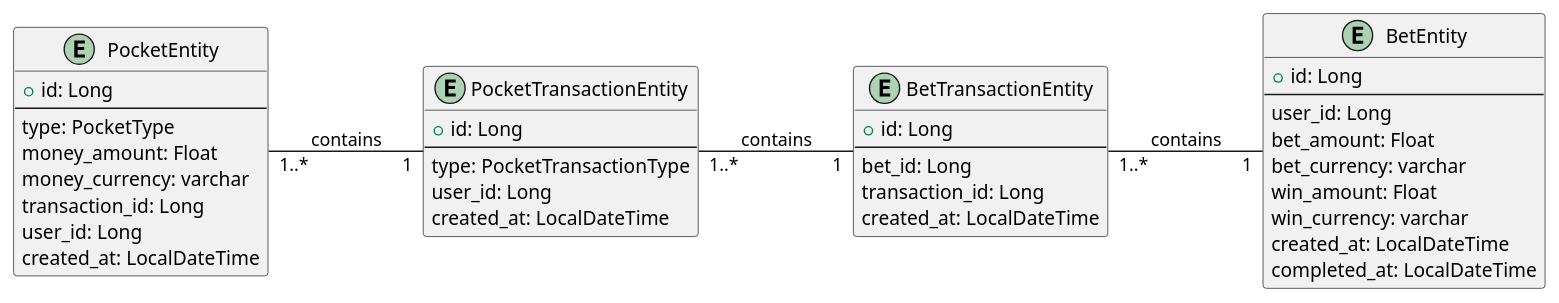
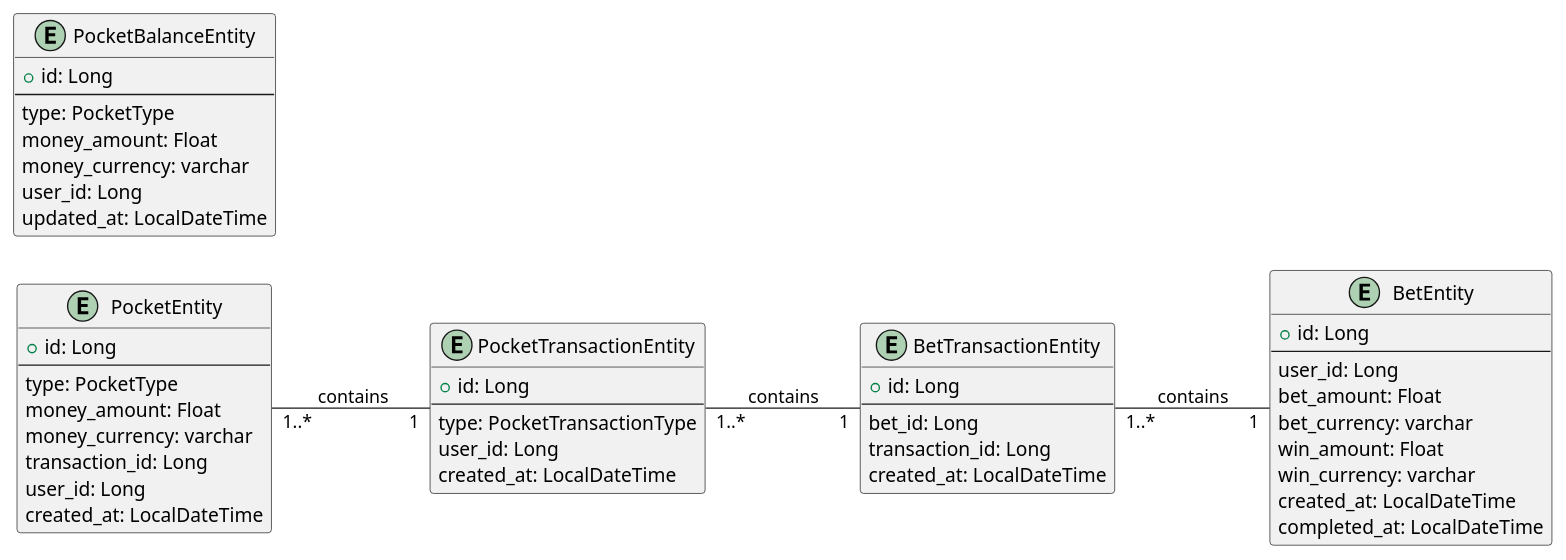
Before and after one commit to SukachVitally/test_game_pocket: the diagram in docs/DatabaseDiagram.puml, drawn with PlantUML. The commit also changed 1 other file, not shown here.

Commit message:
Improve database schema

```diff
--- a/docs/DatabaseDiagram.puml
+++ b/docs/DatabaseDiagram.puml
@@ -1,46 +1,56 @@
 @startuml
 left to right direction
 entity "BetEntity" as bet_entity {
   + id: Long
   ---
   user_id: Long
   bet_amount: Float
   bet_currency: varchar
   win_amount: Float
   win_currency: varchar
   created_at: LocalDateTime
   completed_at: LocalDateTime
 }
 
 entity "BetTransactionEntity" as bet_transaction_entity {
   + id: Long
   ---
   bet_id: Long
   transaction_id: Long
   created_at: LocalDateTime
 }
 
 
 entity "PocketTransactionEntity" as pocket_transaction_entity {
   + id: Long
   ---
   type: PocketTransactionType
   user_id: Long
   created_at: LocalDateTime
 }
 
 entity "PocketEntity" as pocket_entity {
   + id: Long
   ---
   type: PocketType
   money_amount: Float
   money_currency: varchar
   transaction_id: Long
   user_id: Long
   created_at: LocalDateTime
 }
 
+entity "PocketBalanceEntity" as pocket_balance_entity {
+  + id: Long
+  ---
+  type: PocketType
+  money_amount: Float
+  money_currency: varchar
+  user_id: Long
+  updated_at: LocalDateTime
+}
+
 bet_transaction_entity "1..*" -- "1" bet_entity : contains
 pocket_entity "1..*" -- "1" pocket_transaction_entity : contains
 pocket_transaction_entity "1..*" -- "1" bet_transaction_entity : contains
 @enduml
```
